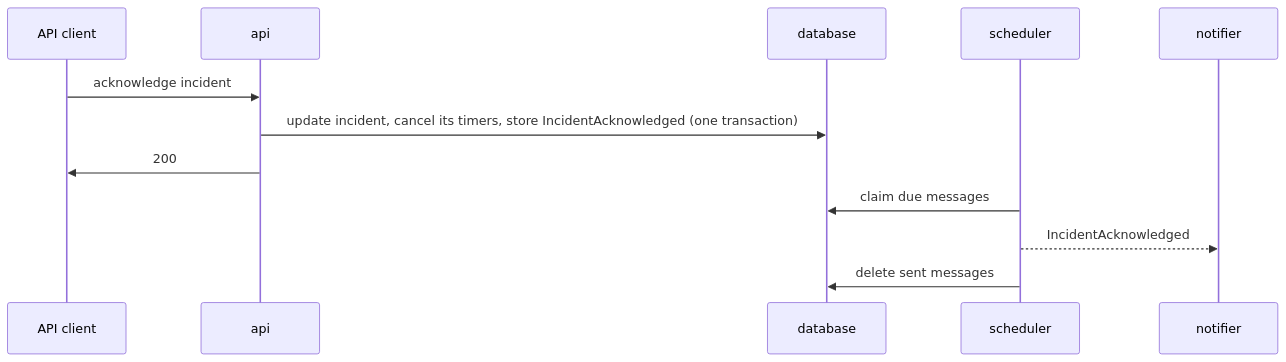
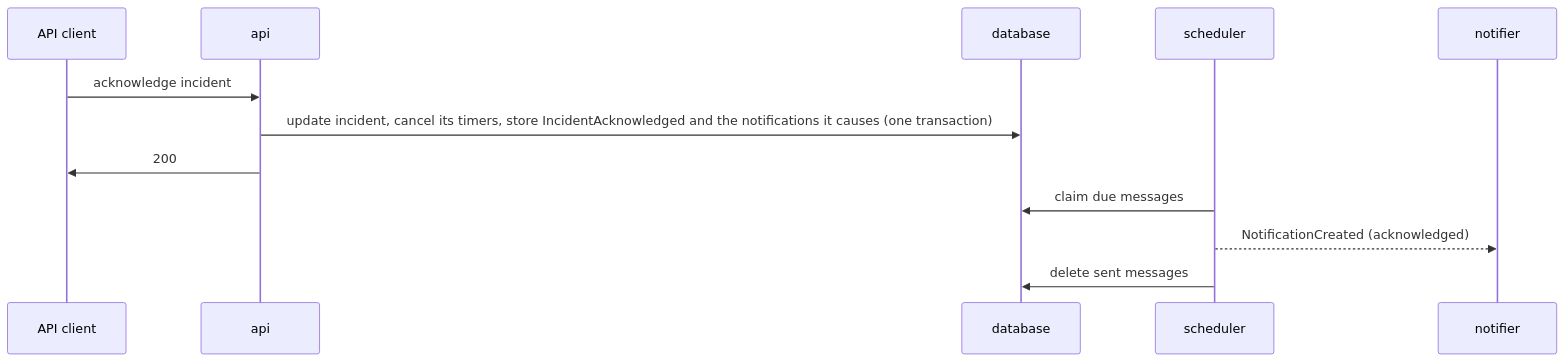
One commit to murphyhq/server changed the fourth of 5 diagrams in docs/architecture.md. Above: the diagram before and after it, drawn with Mermaid. The commit also changed other lines of this file, not shown here.

First line of the commit message:
docs: notifier gets notifications that say where to send, signed webhooks (#44)

````diff
--- a/docs/architecture.md
+++ b/docs/architecture.md
@@ -160,14 +168,14 @@
 ```mermaid
 sequenceDiagram
   participant C as API client
   participant A as api
   participant D as database
   participant S as scheduler
   participant N as notifier
   C->>A: acknowledge incident
-  A->>D: update incident, cancel its timers, store IncidentAcknowledged (one transaction)
+  A->>D: update incident, cancel its timers, store IncidentAcknowledged and the notifications it causes (one transaction)
   A->>C: 200
   S->>D: claim due messages
-  S-->>N: IncidentAcknowledged
+  S-->>N: NotificationCreated (acknowledged)
   S->>D: delete sent messages
 ```
````
